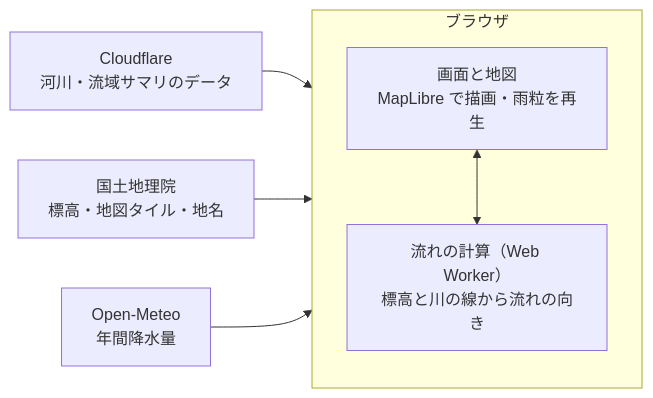
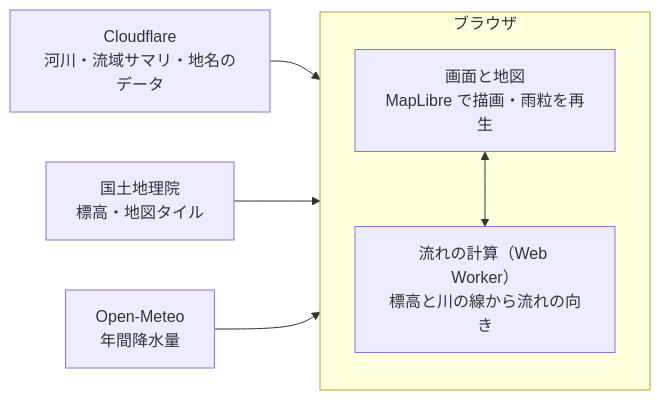
Before and after one commit to yokinist/ryuiki-map: the first of 4 diagrams in README.md, drawn with Mermaid. The commit also changed other lines of this file and 366 other files, not shown here.

````diff
--- a/README.md
+++ b/README.md
@@ -51,11 +51,11 @@
 ```mermaid
 flowchart LR
   subgraph browser["ブラウザ"]
     ui["画面と地図<br/>MapLibre で描画・雨粒を再生"]
     worker["流れの計算（Web Worker）<br/>標高と川の線から流れの向き"]
     ui <--> worker
   end
-  cf["Cloudflare<br/>河川・流域サマリのデータ"] --> browser
-  gsi["国土地理院<br/>標高・地図タイル・地名"] --> browser
+  cf["Cloudflare<br/>河川・流域サマリ・地名のデータ"] --> browser
+  gsi["国土地理院<br/>標高・地図タイル"] --> browser
   meteo["Open-Meteo<br/>年間降水量"] --> browser
 ```
````
